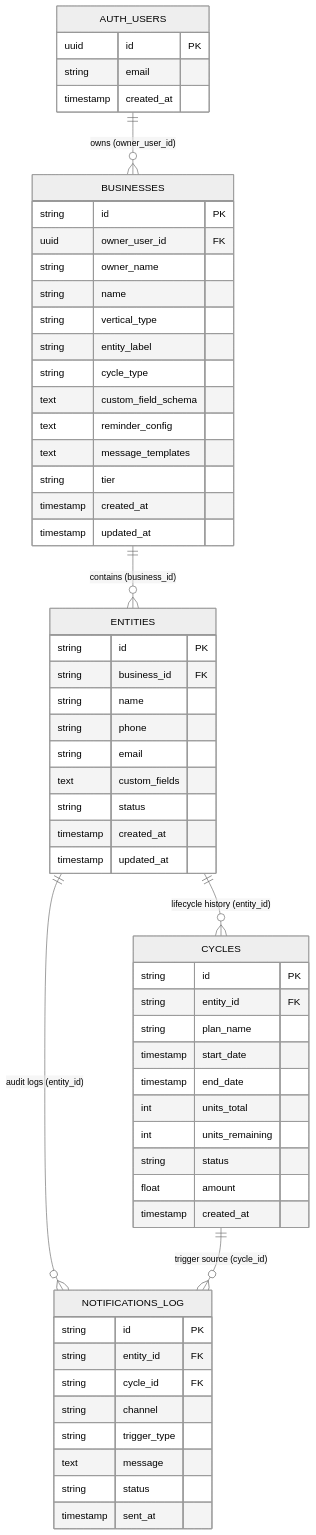
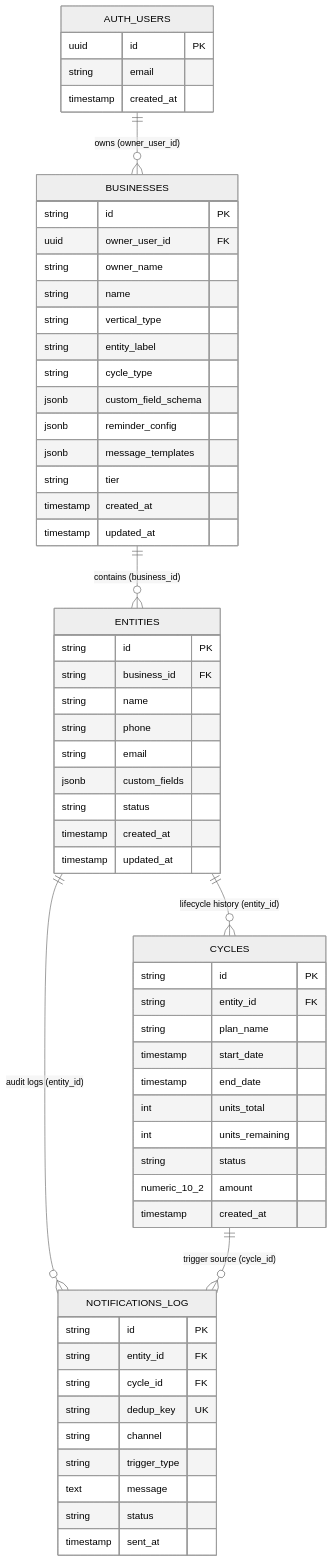
The second of 3 diagrams in docs/database_architecture.md (Kanishkp19/CRM_CLIENTS), drawn with Mermaid (neutral theme) before and after one commit. The commit also changed other lines of this file, not shown here.

Commit message:
Update database architecture documentation with native JSONB, Decimal, Atomic Claim-First Deduplication, and Transactional Sync

````diff
--- a/docs/database_architecture.md
+++ b/docs/database_architecture.md
@@ -64,66 +64,67 @@
 ```mermaid
 erDiagram
     AUTH_USERS ||--o{ BUSINESSES : "owns (owner_user_id)"
     BUSINESSES ||--o{ ENTITIES : "contains (business_id)"
     ENTITIES ||--o{ CYCLES : "lifecycle history (entity_id)"
     ENTITIES ||--o{ NOTIFICATIONS_LOG : "audit logs (entity_id)"
     CYCLES ||--o{ NOTIFICATIONS_LOG : "trigger source (cycle_id)"
 
     AUTH_USERS {
         uuid id PK
         string email
         timestamp created_at
     }
 
     BUSINESSES {
         string id PK
         uuid owner_user_id FK
         string owner_name
         string name
         string vertical_type
         string entity_label
         string cycle_type
-        text custom_field_schema
-        text reminder_config
-        text message_templates
+        jsonb custom_field_schema
+        jsonb reminder_config
+        jsonb message_templates
         string tier
         timestamp created_at
         timestamp updated_at
     }
 
     ENTITIES {
         string id PK
         string business_id FK
         string name
         string phone
         string email
-        text custom_fields
+        jsonb custom_fields
         string status
         timestamp created_at
         timestamp updated_at
     }
 
     CYCLES {
         string id PK
         string entity_id FK
         string plan_name
         timestamp start_date
         timestamp end_date
         int units_total
         int units_remaining
         string status
-        float amount
+        numeric_10_2 amount
         timestamp created_at
     }
 
     NOTIFICATIONS_LOG {
         string id PK
         string entity_id FK
         string cycle_id FK
+        string dedup_key UK
         string channel
         string trigger_type
         text message
         string status
         timestamp sent_at
     }
 ```
````
